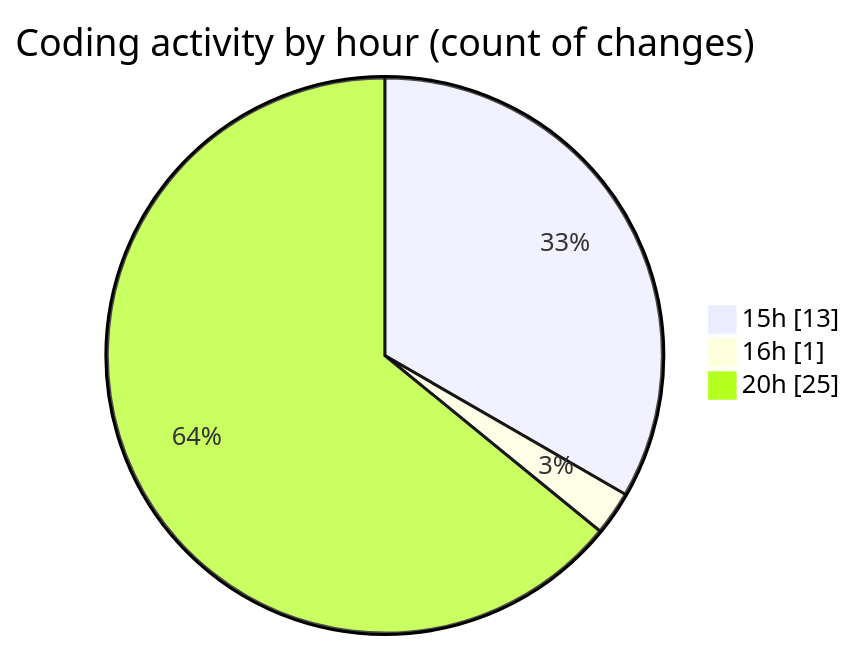
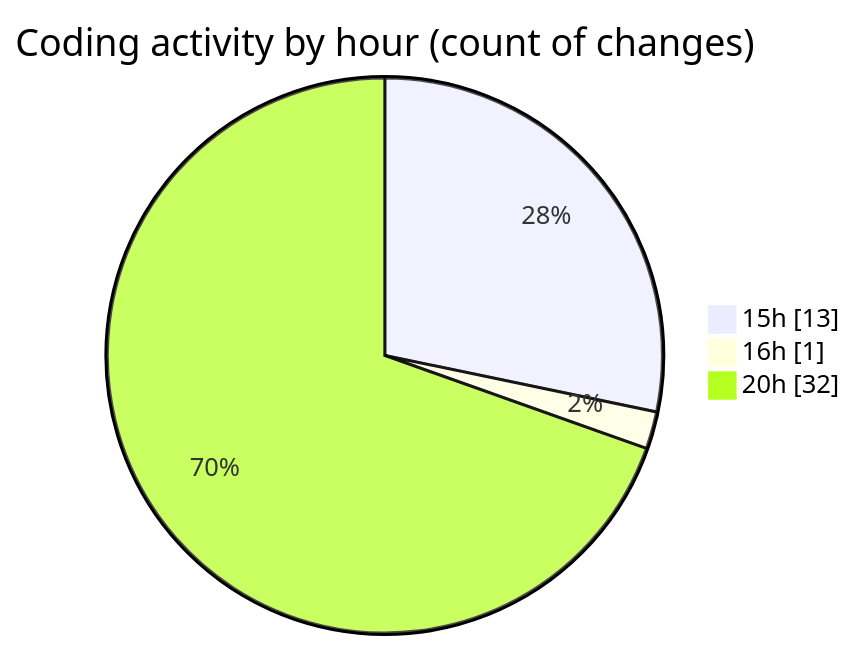
The second of 2 diagrams in 2025-07-17/ribbon/README.md (EIIisD/code-tracking), drawn with Mermaid before and after one commit. The commit also changed other lines of this file and 1 other file, not shown here.

````diff
--- a/2025-07-17/ribbon/README.md
+++ b/2025-07-17/ribbon/README.md
@@ -45,7 +48,7 @@
 ```mermaid
 pie showData
 title Coding activity by hour (count of changes)
 "15h" : 13
 "16h" : 1
-"20h" : 25
+"20h" : 32
 ```
````
